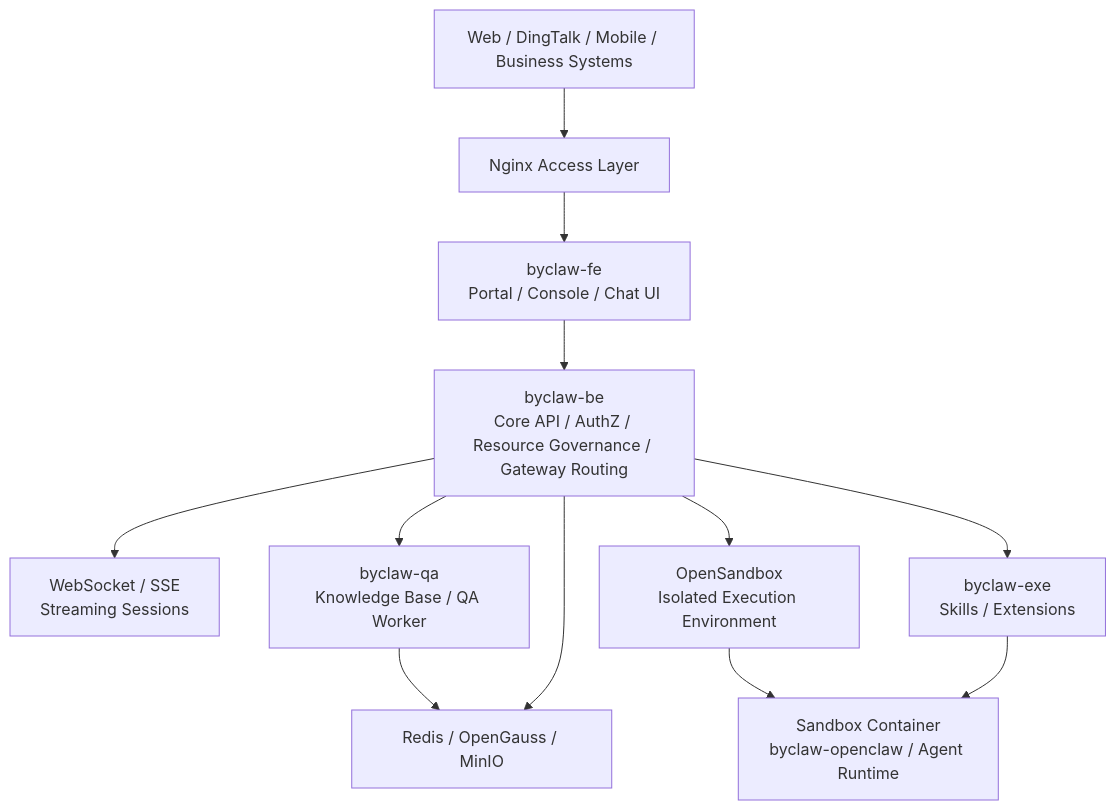
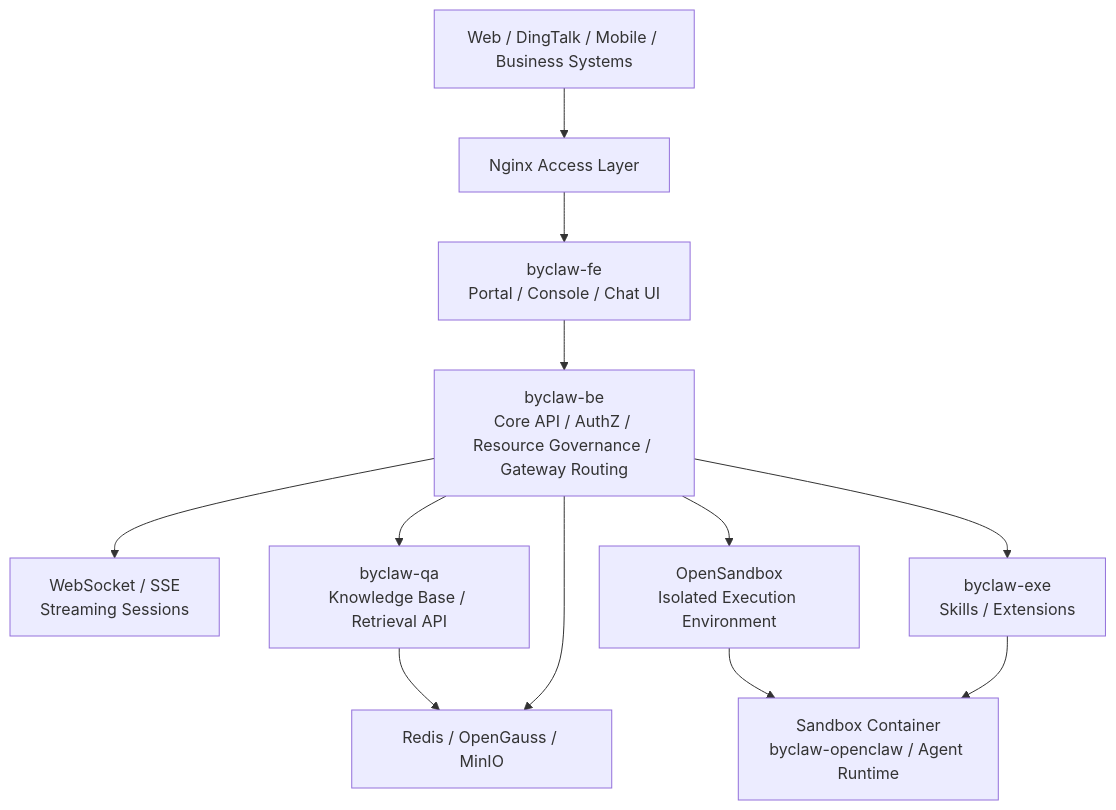
One commit to beyonai/ByClaw changed the second of 5 diagrams in README_EN.md. Above: the diagram before and after it, drawn with Mermaid. The commit also changed other lines of this file and 24 other files, not shown here.

````diff
--- a/README_EN.md
+++ b/README_EN.md
@@ -101,14 +101,14 @@
 ```mermaid
 flowchart TB
     client["Web / DingTalk / Mobile / Business Systems"] --> nginx["Nginx Access Layer"]
     nginx --> fe["byclaw-fe<br/>Portal / Console / Chat UI"]
     fe --> be["byclaw-be<br/>Core API / AuthZ / Resource Governance / Gateway Routing"]
     be --> ws["WebSocket / SSE<br/>Streaming Sessions"]
-    be --> qa["byclaw-qa<br/>Knowledge Base / QA Worker"]
+    be --> qa["byclaw-qa<br/>Knowledge Base / Retrieval API"]
     be --> exe["byclaw-exe<br/>Skills / Extensions"]
     be --> sandbox["OpenSandbox<br/>Isolated Execution Environment"]
     sandbox --> sandboxRuntime["Sandbox Container<br/>byclaw-openclaw / Agent Runtime"]
     exe --> sandboxRuntime
     qa --> infra["Redis / OpenGauss / MinIO"]
     be --> infra
 ```
````
